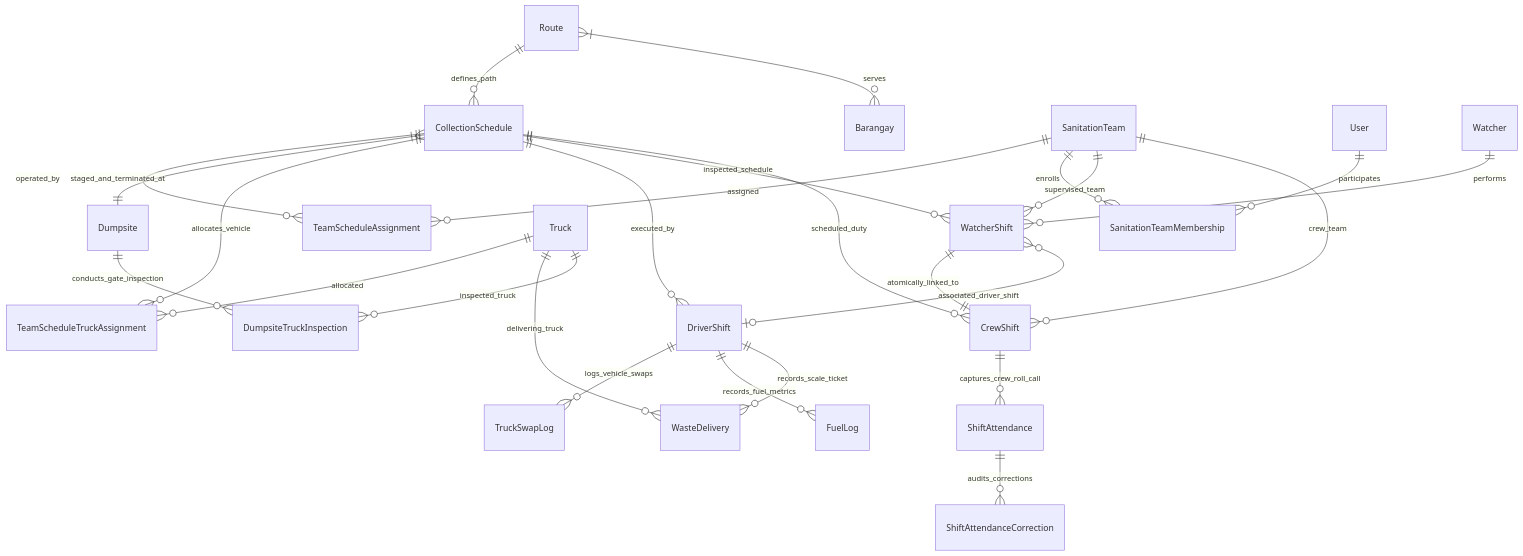
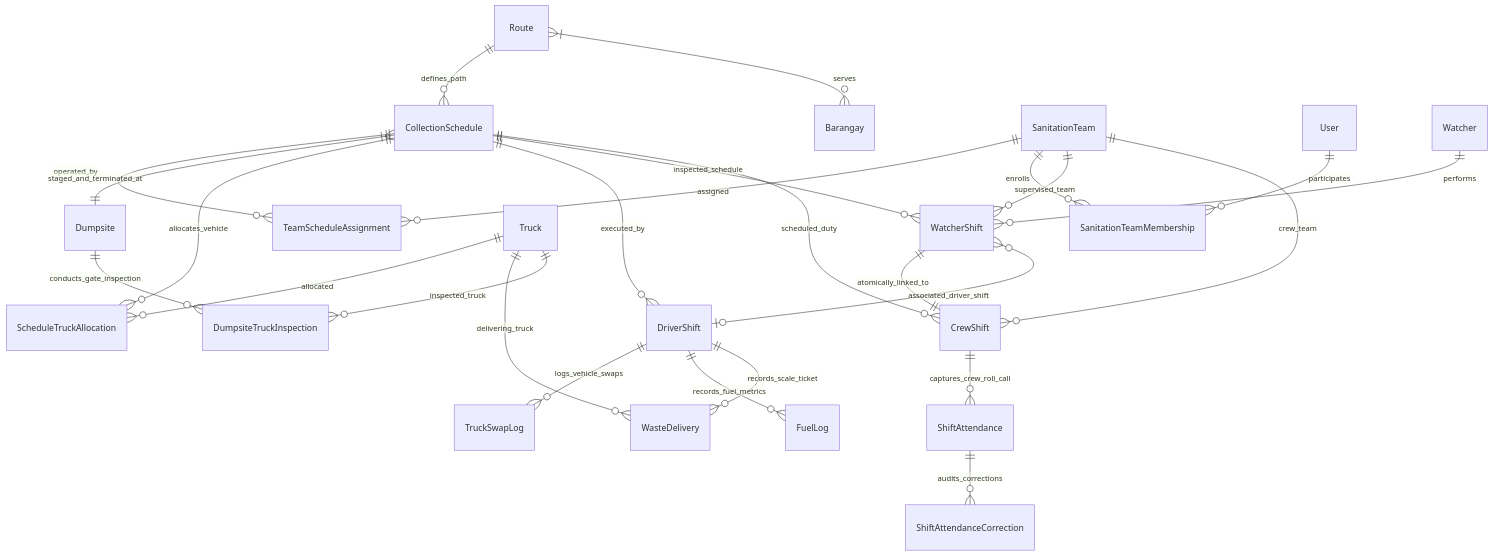
One commit to ImongMama45/WasteWatch-A-Progressive-Web-Based-Solid-Waste-Management-System changed the first of 3 diagrams in WasteWatch_Milestone_0B_Architecture_and_API_Contract_Specification.md. Above: the diagram before and after it, drawn with Mermaid. The commit also changed other lines of this file and 228 other files, not shown here.

````diff
--- a/WasteWatch_Milestone_0B_Architecture_and_API_Contract_Specification.md
+++ b/WasteWatch_Milestone_0B_Architecture_and_API_Contract_Specification.md
@@ -102,32 +132,32 @@
 ```mermaid
 erDiagram
     Route ||--o{ CollectionSchedule : defines_path
     Route }|--o{ Barangay : serves
     CollectionSchedule ||--o{ TeamScheduleAssignment : operated_by
     SanitationTeam ||--o{ TeamScheduleAssignment : assigned
     SanitationTeam ||--o{ SanitationTeamMembership : enrolls
     User ||--o{ SanitationTeamMembership : participates
     CollectionSchedule }|--|| Dumpsite : staged_and_terminated_at
-    CollectionSchedule ||--o{ TeamScheduleTruckAssignment : allocates_vehicle
-    Truck ||--o{ TeamScheduleTruckAssignment : allocated
+    CollectionSchedule ||--o{ ScheduleTruckAllocation : allocates_vehicle
+    Truck ||--o{ ScheduleTruckAllocation : allocated
 
     CollectionSchedule ||--o{ DriverShift : executed_by
     DriverShift ||--o{ TruckSwapLog : logs_vehicle_swaps
     DriverShift ||--o{ FuelLog : records_fuel_metrics
     DriverShift ||--o{ WasteDelivery : records_scale_ticket
     Truck ||--o{ WasteDelivery : delivering_truck
 
     Watcher ||--o{ WatcherShift : performs
     CollectionSchedule ||--o{ WatcherShift : inspected_schedule
     SanitationTeam ||--o{ WatcherShift : supervised_team
     WatcherShift ||--|| CrewShift : atomically_linked_to
     WatcherShift }o--o| DriverShift : associated_driver_shift
 
     CollectionSchedule ||--o{ CrewShift : scheduled_duty
     SanitationTeam ||--o{ CrewShift : crew_team
     CrewShift ||--o{ ShiftAttendance : captures_crew_roll_call
     ShiftAttendance ||--o{ ShiftAttendanceCorrection : audits_corrections
 
     Dumpsite ||--o{ DumpsiteTruckInspection : conducts_gate_inspection
     Truck ||--o{ DumpsiteTruckInspection : inspected_truck
 ```
````
